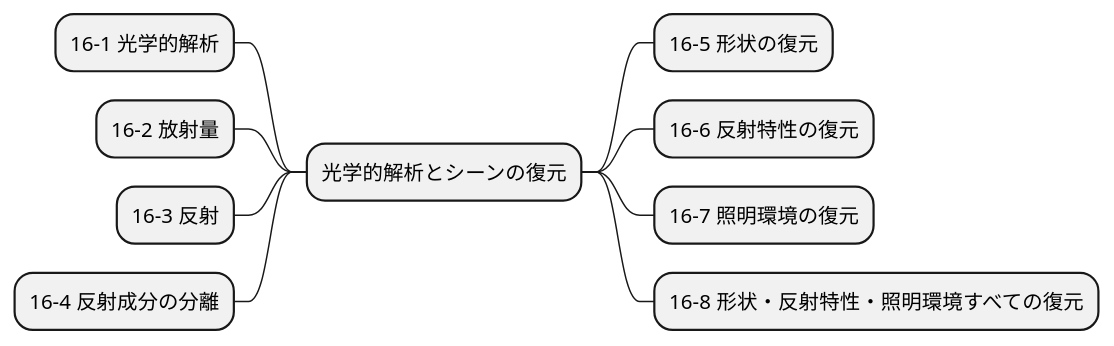
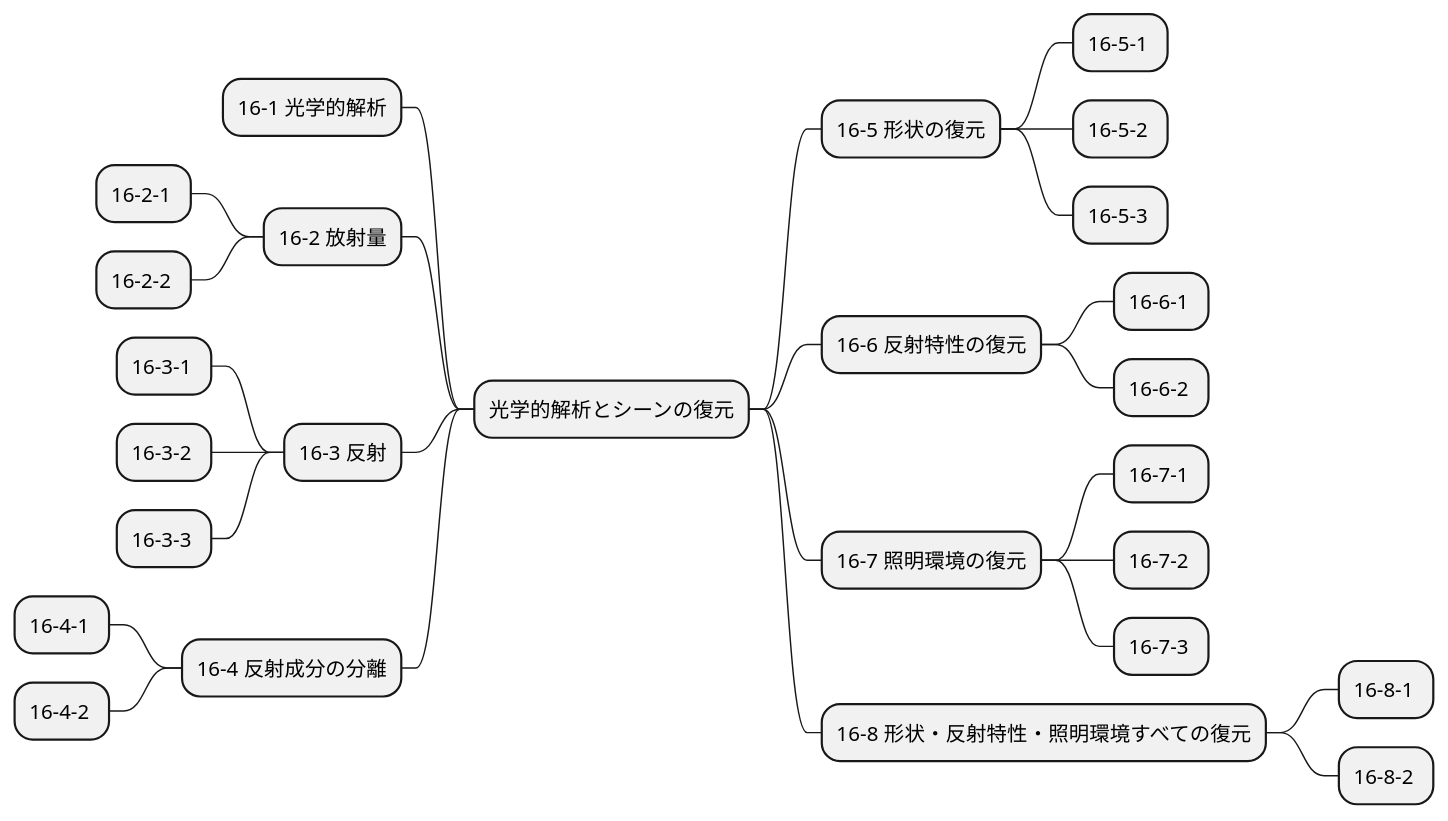
One commit to Takayoshi-Matsuyama/image_processing changed the diagram in mindmap/img_proc_expert_16.puml. Above: the diagram before and after it, drawn with PlantUML. The commit also changed 16 other files, not shown here.

Commit message:
mindmap ex numbers

```diff
--- a/mindmap/img_proc_expert_16.puml
+++ b/mindmap/img_proc_expert_16.puml
@@ -1,11 +1,28 @@
 @startmindmap img_proc_expert_16
 + 光学的解析とシーンの復元
 -- 16-1 光学的解析
 -- 16-2 放射量
+--- 16-2-1 
+--- 16-2-2 
 -- 16-3 反射
+--- 16-3-1 
+--- 16-3-2 
+--- 16-3-3 
 -- 16-4 反射成分の分離
+--- 16-4-1 
+--- 16-4-2 
 ++ 16-5 形状の復元
++++ 16-5-1 
++++ 16-5-2 
++++ 16-5-3 
 ++ 16-6 反射特性の復元
++++ 16-6-1 
++++ 16-6-2 
 ++ 16-7 照明環境の復元
++++ 16-7-1 
++++ 16-7-2 
++++ 16-7-3 
 ++ 16-8 形状・反射特性・照明環境すべての復元
++++ 16-8-1 
++++ 16-8-2 
 @endmindmap
```
